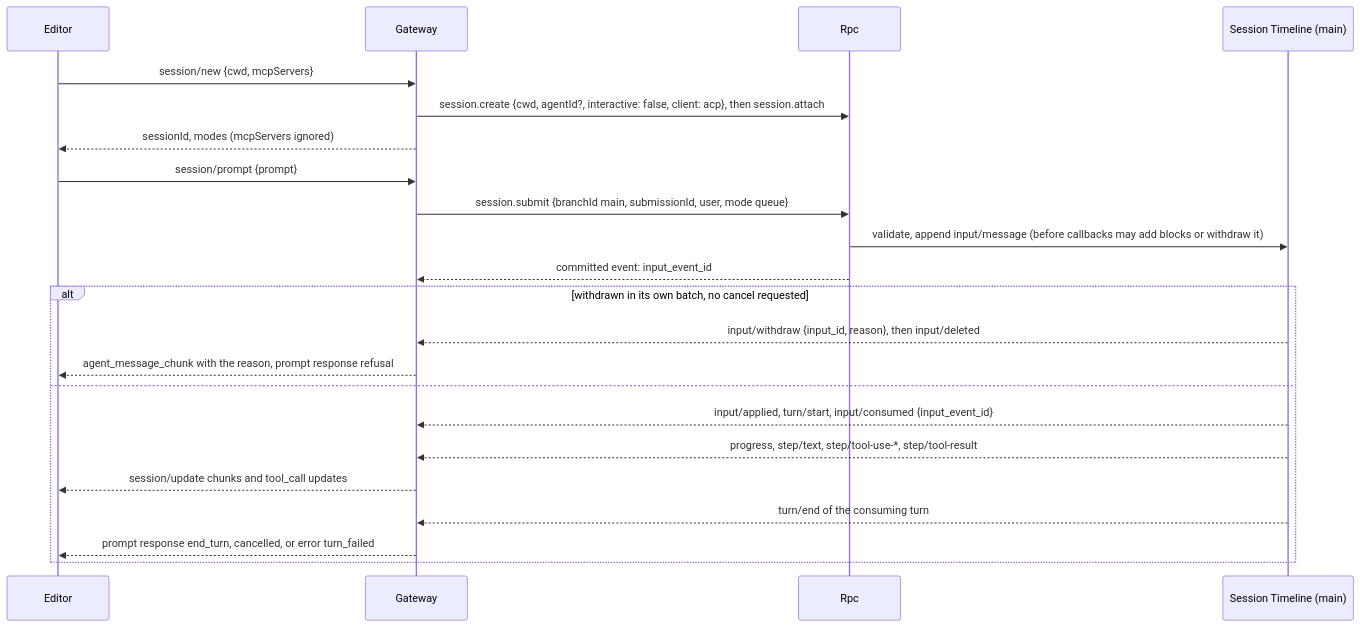
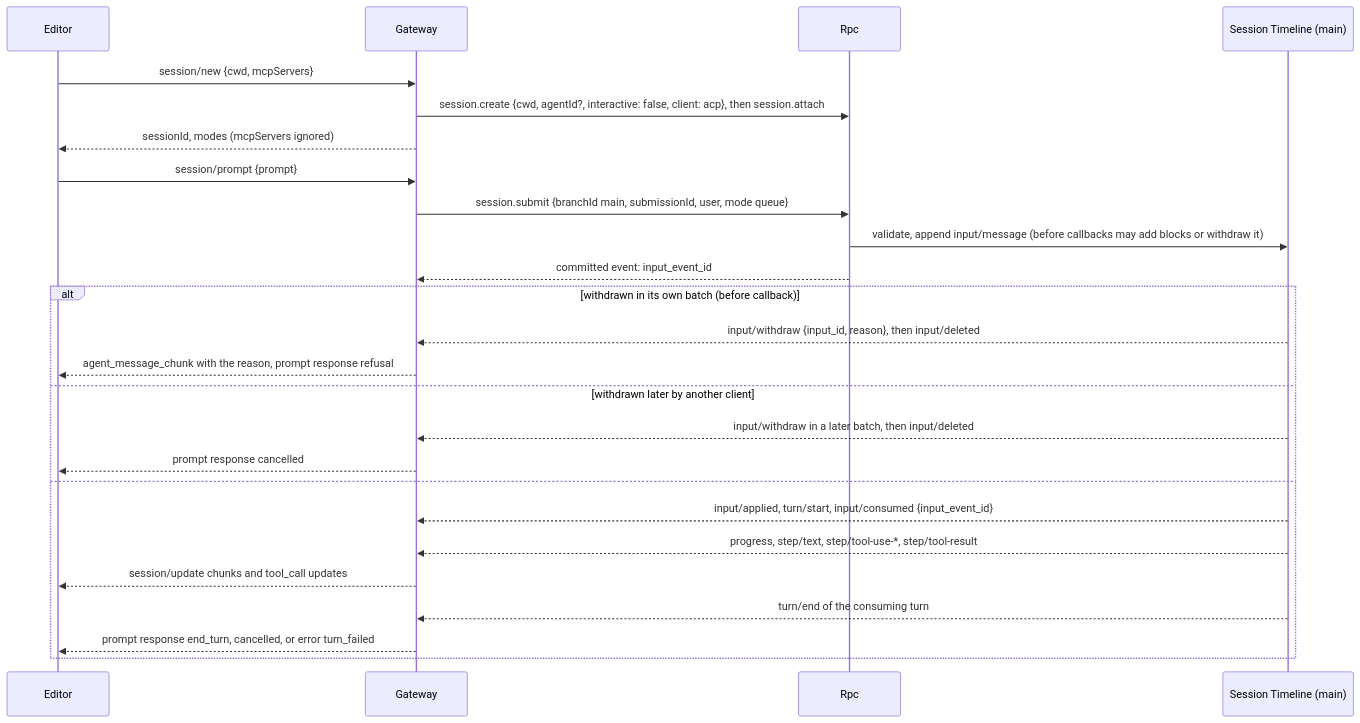
The third of 5 diagrams in docs/design/plugins/AcpGateway.md (CoutinhoTTS/dim-agent), drawn with Mermaid before and after one commit. The commit also changed other lines of this file and 40 other files, not shown here.

````diff
--- a/docs/design/plugins/AcpGateway.md
+++ b/docs/design/plugins/AcpGateway.md
@@ -65,24 +65,27 @@
 ```mermaid
 sequenceDiagram
   participant E as Editor
   participant G as Gateway
   participant R as Rpc
   participant TL as Session Timeline (main)
   E->>G: session/new {cwd, mcpServers}
   G->>R: session.create {cwd, agentId?, interactive: false, client: acp}, then session.attach
   G-->>E: sessionId, modes (mcpServers ignored)
   E->>G: session/prompt {prompt}
   G->>R: session.submit {branchId main, submissionId, user, mode queue}
   R->>TL: validate, append input/message (before callbacks may add blocks or withdraw it)
   R-->>G: committed event: input_event_id
-  alt withdrawn in its own batch, no cancel requested
+  alt withdrawn in its own batch (before callback)
     TL-->>G: input/withdraw {input_id, reason}, then input/deleted
     G-->>E: agent_message_chunk with the reason, prompt response refusal
+  else withdrawn later by another client
+    TL-->>G: input/withdraw in a later batch, then input/deleted
+    G-->>E: prompt response cancelled
   else
   TL-->>G: input/applied, turn/start, input/consumed {input_event_id}
   TL-->>G: progress, step/text, step/tool-use-*, step/tool-result
   G-->>E: session/update chunks and tool_call updates
   TL-->>G: turn/end of the consuming turn
   G-->>E: prompt response end_turn, cancelled, or error turn_failed
   end
 ```
````
